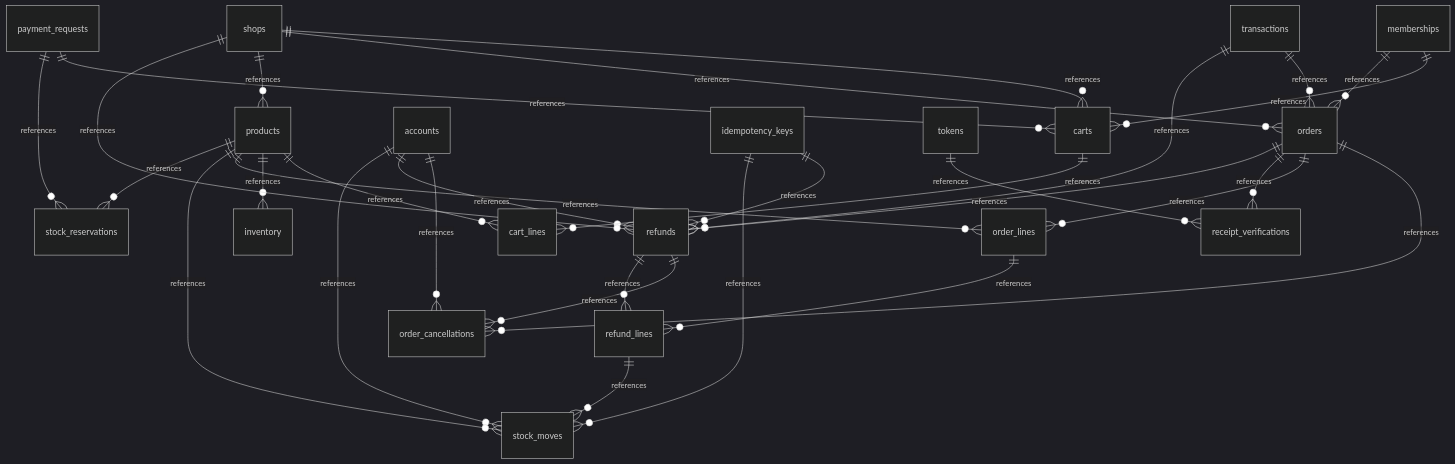
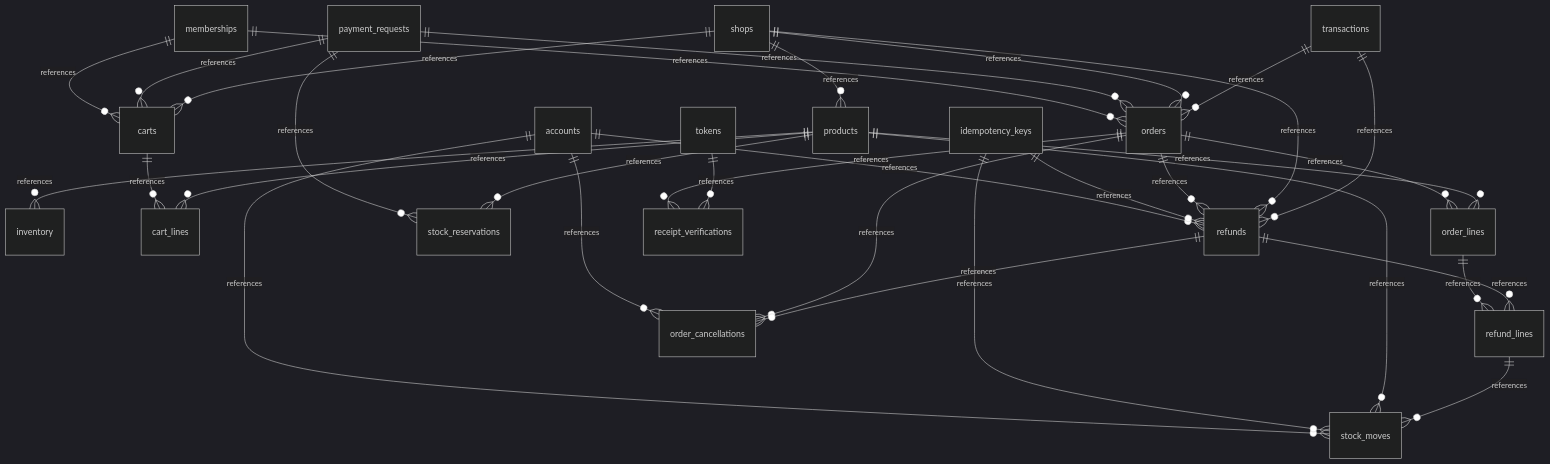
One commit to fespay-team/fespay changed the fourth of 6 diagrams in docs/design/database/er-diagram.md. Above: the diagram before and after it, drawn with Mermaid (dark theme). The commit also changed other lines of this file and 9 other files, not shown here.

````diff
--- a/docs/design/database/er-diagram.md
+++ b/docs/design/database/er-diagram.md
@@ -106,45 +109,46 @@
 ```mermaid
 erDiagram
   products
   inventory
   carts
   cart_lines
   orders
   order_lines
   stock_reservations
   refunds
   refund_lines
   stock_moves
   order_cancellations
   receipt_verifications
   accounts ||--o{ order_cancellations : references
   accounts ||--o{ refunds : references
   accounts ||--o{ stock_moves : references
   carts ||--o{ cart_lines : references
   idempotency_keys ||--o{ refunds : references
   idempotency_keys ||--o{ stock_moves : references
   memberships ||--o{ carts : references
   memberships ||--o{ orders : references
   order_lines ||--o{ refund_lines : references
   orders ||--o{ order_cancellations : references
   orders ||--o{ order_lines : references
   orders ||--o{ receipt_verifications : references
   orders ||--o{ refunds : references
   payment_requests ||--o{ carts : references
+  payment_requests ||--o{ orders : references
   payment_requests ||--o{ stock_reservations : references
   products ||--o{ cart_lines : references
   products ||--o{ inventory : references
   products ||--o{ order_lines : references
   products ||--o{ stock_moves : references
   products ||--o{ stock_reservations : references
   refund_lines ||--o{ stock_moves : references
   refunds ||--o{ order_cancellations : references
   refunds ||--o{ refund_lines : references
   shops ||--o{ carts : references
   shops ||--o{ orders : references
   shops ||--o{ products : references
   shops ||--o{ refunds : references
   tokens ||--o{ receipt_verifications : references
   transactions ||--o{ orders : references
   transactions ||--o{ refunds : references
 ```
````
